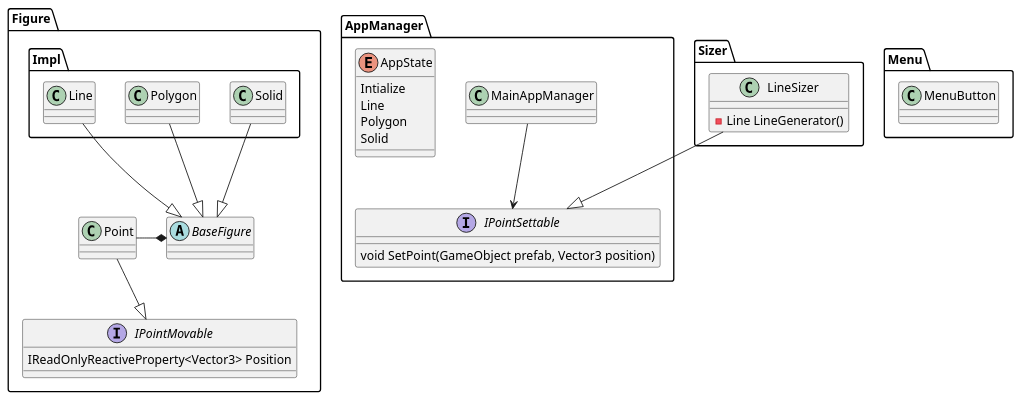
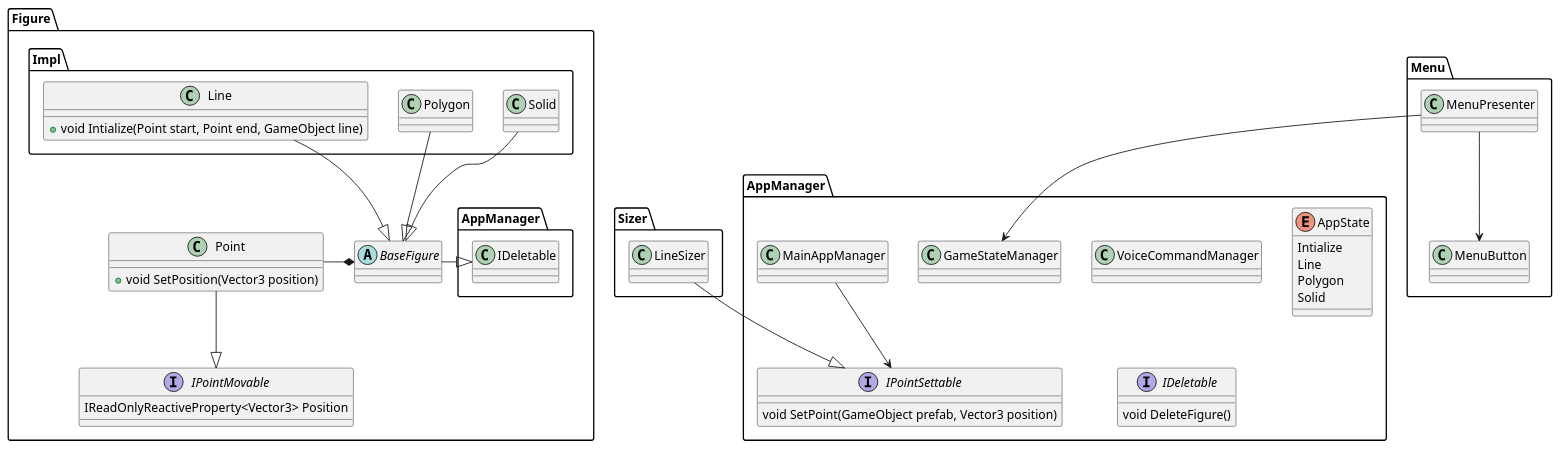
Before and after one commit to dykarohora/HoloMeasurement: the diagram in ClassDiagram.wsd, drawn with PlantUML. The commit also changed 29 other files, not shown here.

```diff
--- a/ClassDiagram.wsd
+++ b/ClassDiagram.wsd
@@ -1,64 +1,82 @@
 @startuml
 
 namespace Figure {
     abstract class BaseFigure {
     }
     namespace Impl {
         class Line {
+            +void Intialize(Point start, Point end, GameObject line)
         }
         class Polygon {
         }
         class Solid {
         }
         Line --d|> Figure.BaseFigure
         Polygon --d|> Figure.BaseFigure
         Solid --d|> Figure.BaseFigure
 
         Line -[hidden]r- Polygon
         Polygon -[hidden]r- Solid
     }
 
     interface IPointMovable {
         IReadOnlyReactiveProperty<Vector3> Position
     }
 
+
     class Point {
+        +void SetPosition(Vector3 position)
     }
+
+    BaseFigure --l|> AppManager.IDeletable
 
     Point --|> IPointMovable
     Point --r* BaseFigure
+
 }
 
 namespace AppManager {
+    class VoiceCommandManager {
+
+    }
+
+    class GameStateManager {
+
+    }
     class MainAppManager {
     }
     enum AppState {
         Intialize
         Line
         Polygon
         Solid
     }
     
     interface IPointSettable {
         void SetPoint(GameObject prefab, Vector3 position)
     }
+    interface IDeletable {
+        void DeleteFigure()
+    }
 
     MainAppManager --> IPointSettable
 }
 
 namespace Sizer {
     class LineSizer {
-        -Line LineGenerator()
     }
-
     LineSizer --|> AppManager.IPointSettable
 }
 
 namespace Menu {
+    class MenuPresenter {
+    }
     class MenuButton {
+    }
 
-    }
+    MenuPresenter --d> MenuButton
+    MenuPresenter --d> AppManager.GameStateManager
 }
 
 
 @enduml
```
